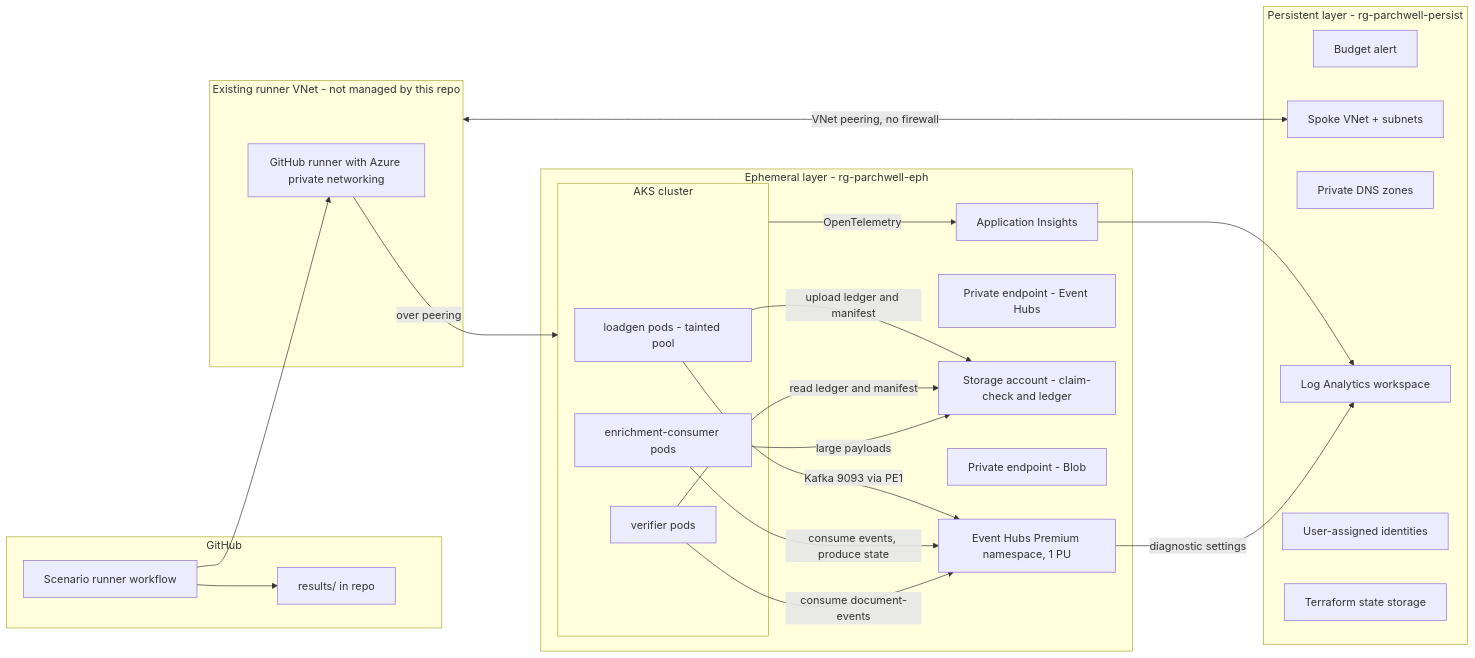
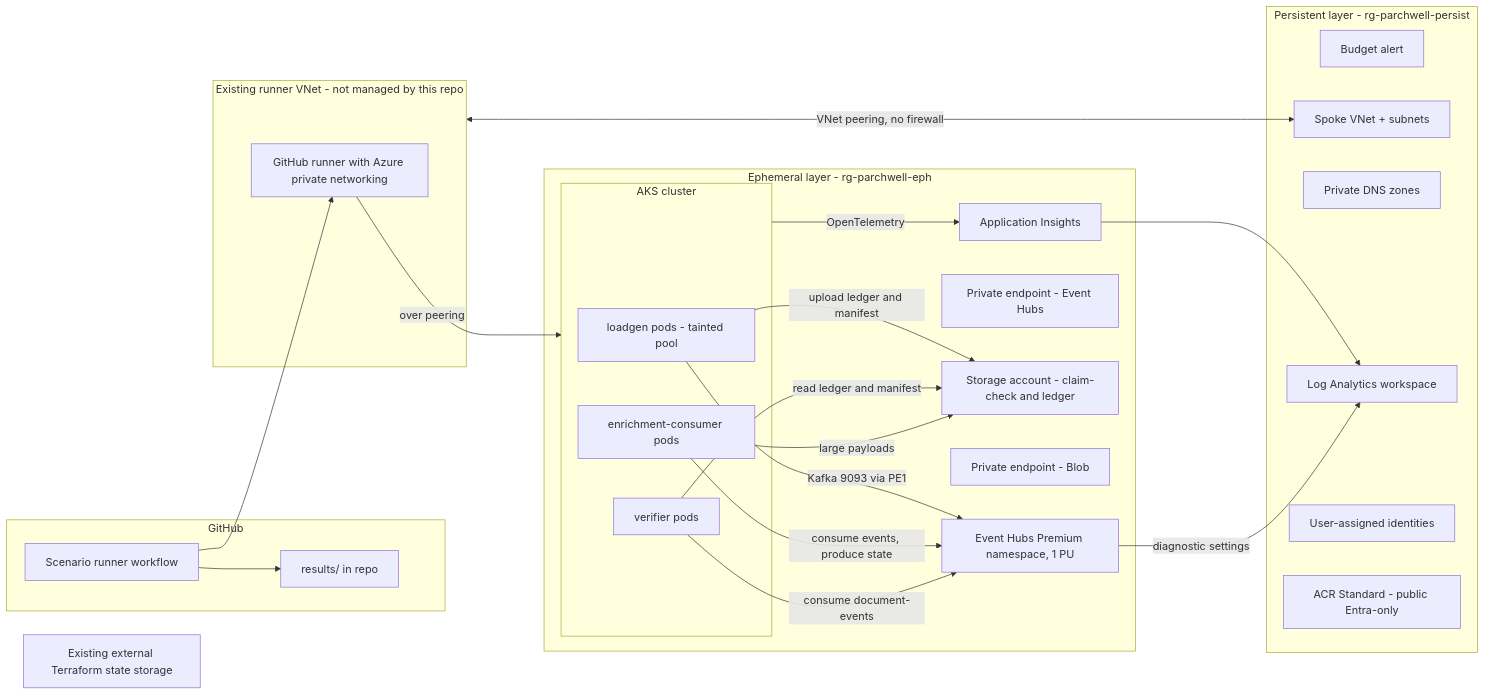
One commit to collaborationwithothers/eventhubs-kafka-dotnet changed the diagram in docs/blueprint.md. Above: the diagram before and after it, drawn with Mermaid. The commit also changed other lines of this file and 37 other files, not shown here.

Commit message:
feat: add A01 Terraform foundations using the external backend

````diff
--- a/docs/blueprint.md
+++ b/docs/blueprint.md
@@ -62,43 +62,44 @@
 ```mermaid
 flowchart LR
   subgraph GH[GitHub]
     WF[Scenario runner workflow]
     RES[results/ in repo]
   end
   subgraph RVN[Existing runner VNet - not managed by this repo]
     RUN[GitHub runner with Azure private networking]
   end
   subgraph PERSIST[Persistent layer - rg-parchwell-persist]
     BUD[Budget alert]
     VNET[Spoke VNet + subnets]
     DNS[Private DNS zones]
     LAW[Log Analytics workspace]
     UAMI[User-assigned identities]
-    TFS[Terraform state storage]
+    ACR[ACR Standard - public Entra-only]
   end
+  TFS[Existing external Terraform state storage]
   subgraph EPH[Ephemeral layer - rg-parchwell-eph]
     subgraph AKS[AKS cluster]
       LG[loadgen pods - tainted pool]
       EC[enrichment-consumer pods]
       VER[verifier pods]
     end
     EHN[Event Hubs Premium namespace, 1 PU]
     PE1[Private endpoint - Event Hubs]
     BLOB[Storage account - claim-check and ledger]
     PE2[Private endpoint - Blob]
     AI[Application Insights]
   end
   WF --> RUN
   RVN <-->|VNet peering, no firewall| VNET
   RUN -->|over peering| AKS
   LG -->|Kafka 9093 via PE1| EHN
   EC -->|consume events, produce state| EHN
   VER -->|consume document-events| EHN
   LG -->|upload ledger and manifest| BLOB
   VER -->|read ledger and manifest| BLOB
   EC -->|large payloads| BLOB
   AKS -->|OpenTelemetry| AI
   AI --> LAW
   EHN -->|diagnostic settings| LAW
   WF --> RES
 ```
````
